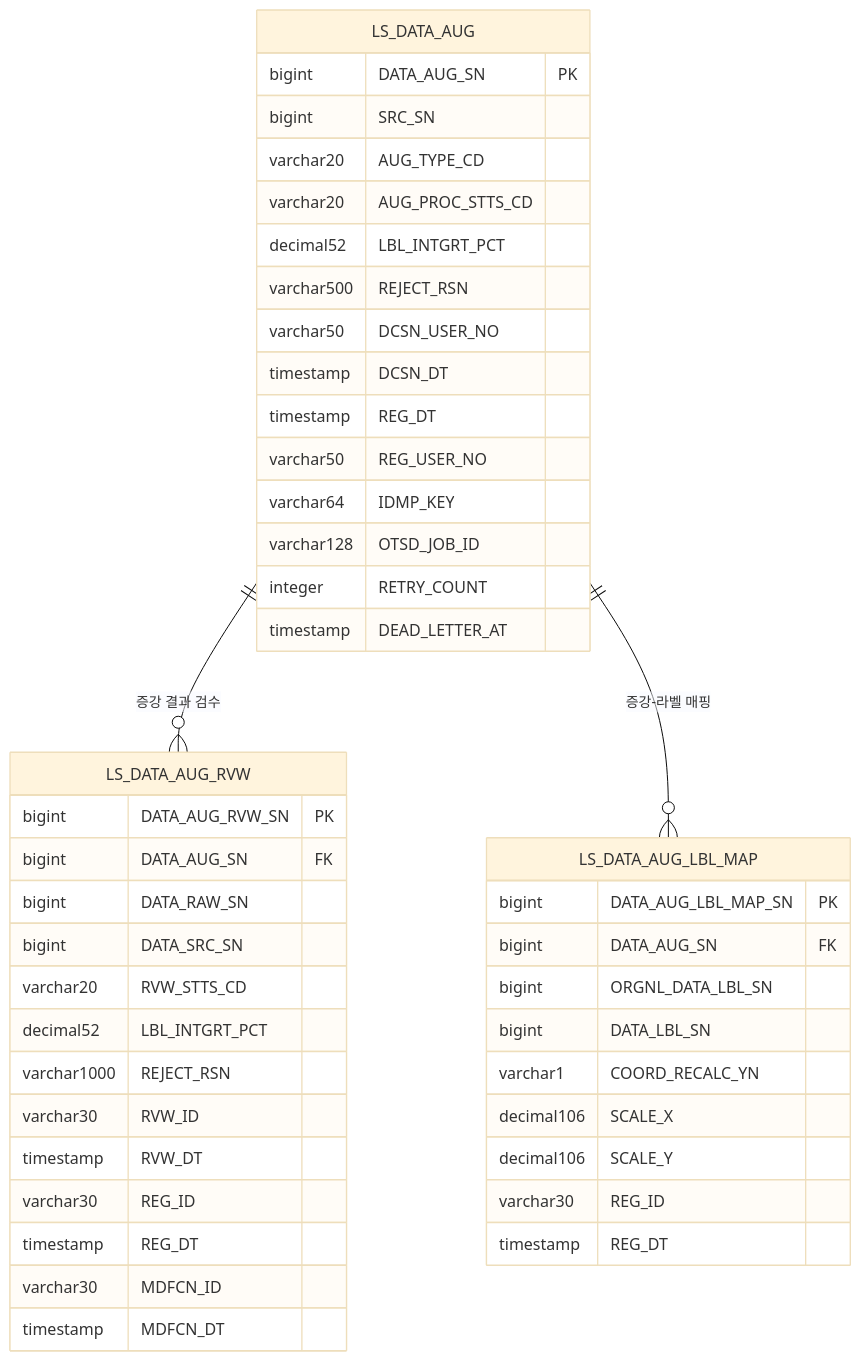
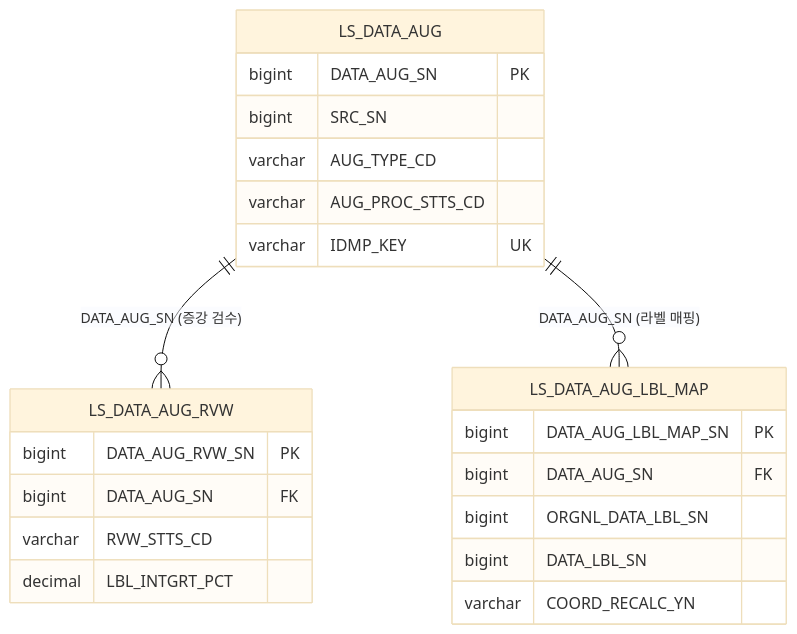
Before and after one commit to New-stella/klid-label: the fourth of 13 diagrams in docs/design/D8-엔티티관계모형설계서.md, drawn with Mermaid (base theme). The commit also changed other lines of this file and 6 other files, not shown here.

````diff
--- a/docs/design/D8-엔티티관계모형설계서.md
+++ b/docs/design/D8-엔티티관계모형설계서.md
@@ -142,47 +165,25 @@
 ```mermaid
 erDiagram
+    LS_DATA_AUG ||--o{ LS_DATA_AUG_RVW : "DATA_AUG_SN (증강 검수)"
+    LS_DATA_AUG ||--o{ LS_DATA_AUG_LBL_MAP : "DATA_AUG_SN (라벨 매핑)"
     LS_DATA_AUG {
         bigint DATA_AUG_SN PK
         bigint SRC_SN
-        varchar20 AUG_TYPE_CD
-        varchar20 AUG_PROC_STTS_CD
-        decimal52 LBL_INTGRT_PCT
-        varchar500 REJECT_RSN
-        varchar50 DCSN_USER_NO
-        timestamp DCSN_DT
-        timestamp REG_DT
-        varchar50 REG_USER_NO
-        varchar64 IDMP_KEY
-        varchar128 OTSD_JOB_ID
-        integer RETRY_COUNT
-        timestamp DEAD_LETTER_AT
+        varchar AUG_TYPE_CD
+        varchar AUG_PROC_STTS_CD
+        varchar IDMP_KEY UK
     }
     LS_DATA_AUG_RVW {
         bigint DATA_AUG_RVW_SN PK
         bigint DATA_AUG_SN FK
-        bigint DATA_RAW_SN
-        bigint DATA_SRC_SN
-        varchar20 RVW_STTS_CD
-        decimal52 LBL_INTGRT_PCT
-        varchar1000 REJECT_RSN
-        varchar30 RVW_ID
-        timestamp RVW_DT
-        varchar30 REG_ID
-        timestamp REG_DT
-        varchar30 MDFCN_ID
-        timestamp MDFCN_DT
+        varchar RVW_STTS_CD
+        decimal LBL_INTGRT_PCT
     }
     LS_DATA_AUG_LBL_MAP {
         bigint DATA_AUG_LBL_MAP_SN PK
         bigint DATA_AUG_SN FK
         bigint ORGNL_DATA_LBL_SN
         bigint DATA_LBL_SN
-        varchar1 COORD_RECALC_YN
-        decimal106 SCALE_X
-        decimal106 SCALE_Y
-        varchar30 REG_ID
-        timestamp REG_DT
+        varchar COORD_RECALC_YN
     }
-    LS_DATA_AUG ||--o{ LS_DATA_AUG_RVW : "증강 결과 검수"
-    LS_DATA_AUG ||--o{ LS_DATA_AUG_LBL_MAP : "증강-라벨 매핑"
 ```
````
